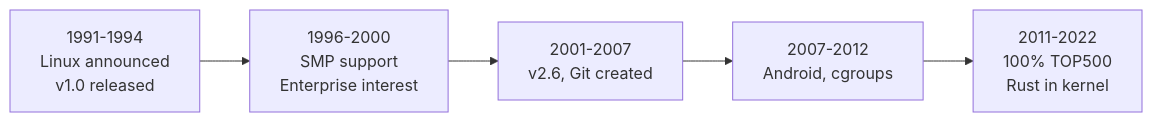
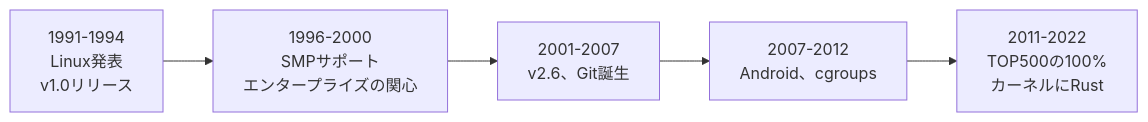
The diagram in docs/linux-evolution.md (doguto/linux-kernel-internals-jp), drawn with Mermaid before and after one commit. The commit also changed other lines of this file and 15 other files, not shown here.

````diff
--- a/docs/linux-evolution.md
+++ b/docs/linux-evolution.md
@@ -7,9 +7,9 @@
 ```mermaid
 flowchart LR
-    A["1991-1994<br/>Linux announced<br/>v1.0 released"]
-    B["1996-2000<br/>SMP support<br/>Enterprise interest"]
-    C["2001-2007<br/>v2.6, Git created"]
-    D["2007-2012<br/>Android, cgroups"]
-    E["2011-2022<br/>100% TOP500<br/>Rust in kernel"]
+    A["1991-1994<br/>Linux発表<br/>v1.0リリース"]
+    B["1996-2000<br/>SMPサポート<br/>エンタープライズの関心"]
+    C["2001-2007<br/>v2.6、Git誕生"]
+    D["2007-2012<br/>Android、cgroups"]
+    E["2011-2022<br/>TOP500の100%<br/>カーネルにRust"]
     A --> B --> C --> D --> E
 ```
````
